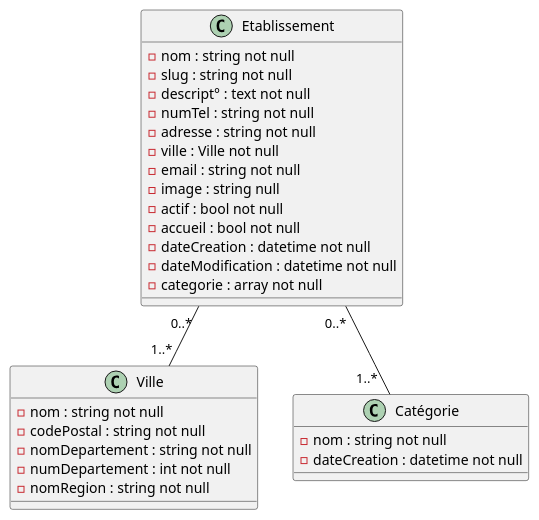
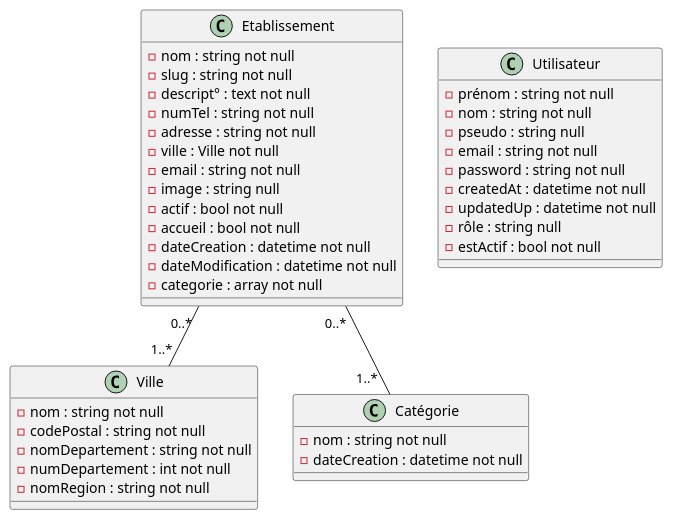
Before and after one commit to KilianBeaumont/FC-tourisme: the diagram in documentation/Diagramme de classe.puml, drawn with PlantUML. The commit also changed 2 other files, not shown here.

Commit message:
maj diagramme de classe sprint 2

```diff
--- a/documentation/Diagramme de classe.puml
+++ b/documentation/Diagramme de classe.puml
@@ -1,41 +1,55 @@
 @startuml
 'https://plantuml.com/class-diagram
 
 class Etablissement {
 
 -nom : string not null
 -slug : string not null
 -descript° : text not null
 -numTel : string not null
 -adresse : string not null
 -ville : Ville not null
 -email : string not null
 -image : string null
 -actif : bool not null
 -accueil : bool not null
 -dateCreation : datetime not null
 -dateModification : datetime not null
 -categorie : array not null
 
 }
 
 class Ville {
 
 -nom : string not null
 -codePostal : string not null
 -nomDepartement : string not null
 -numDepartement : int not null
 -nomRegion : string not null
 
 }
 
 class Catégorie {
 
 -nom : string not null
 -dateCreation : datetime not null
 
 }
 
+class Utilisateur {
+
+-prénom : string not null
+-nom : string not null
+-pseudo : string null
+-email : string not null
+-password : string not null
+-createdAt : datetime not null
+-updatedUp : datetime not null
+-rôle : string null
+-estActif : bool not null
+
+}
+
 Etablissement "0..* " -- "1..*  "Catégorie
 Etablissement "0..* "-- "1..*"Ville
 @enduml
```
